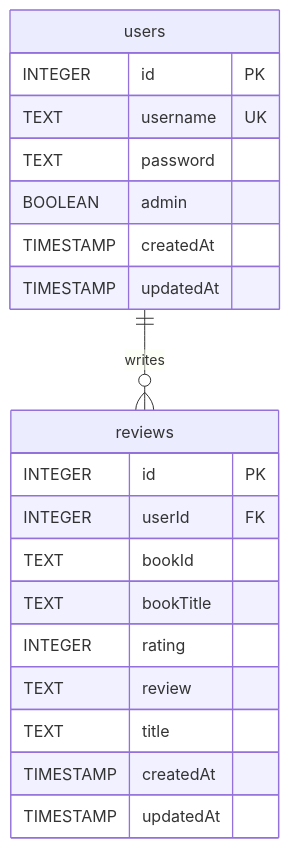
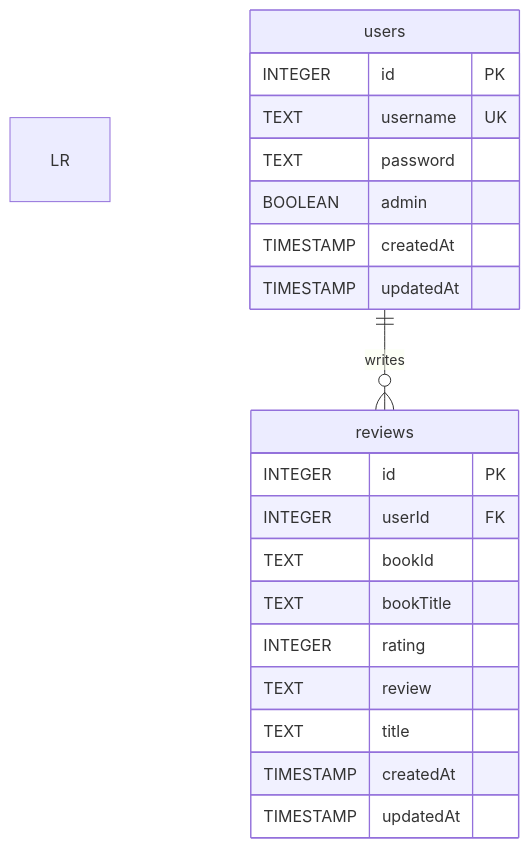
The diagram in README.md (Git-Bread/bookreviewsite-project), drawn with Mermaid before and after one commit.

Commit message:
Re-aligned diagram

````diff
--- a/README.md
+++ b/README.md
@@ -360,23 +360,23 @@
 ```mermaid
-erDiagram
+erDiagram LR
     users {
         INTEGER id PK
         TEXT username UK
         TEXT password
         BOOLEAN admin
         TIMESTAMP createdAt
         TIMESTAMP updatedAt
     }
     reviews {
         INTEGER id PK
         INTEGER userId FK
         TEXT bookId
         TEXT bookTitle
         INTEGER rating
         TEXT review
         TEXT title
         TIMESTAMP createdAt
         TIMESTAMP updatedAt
     }
     users ||--o{ reviews : "writes"
 ```
````
